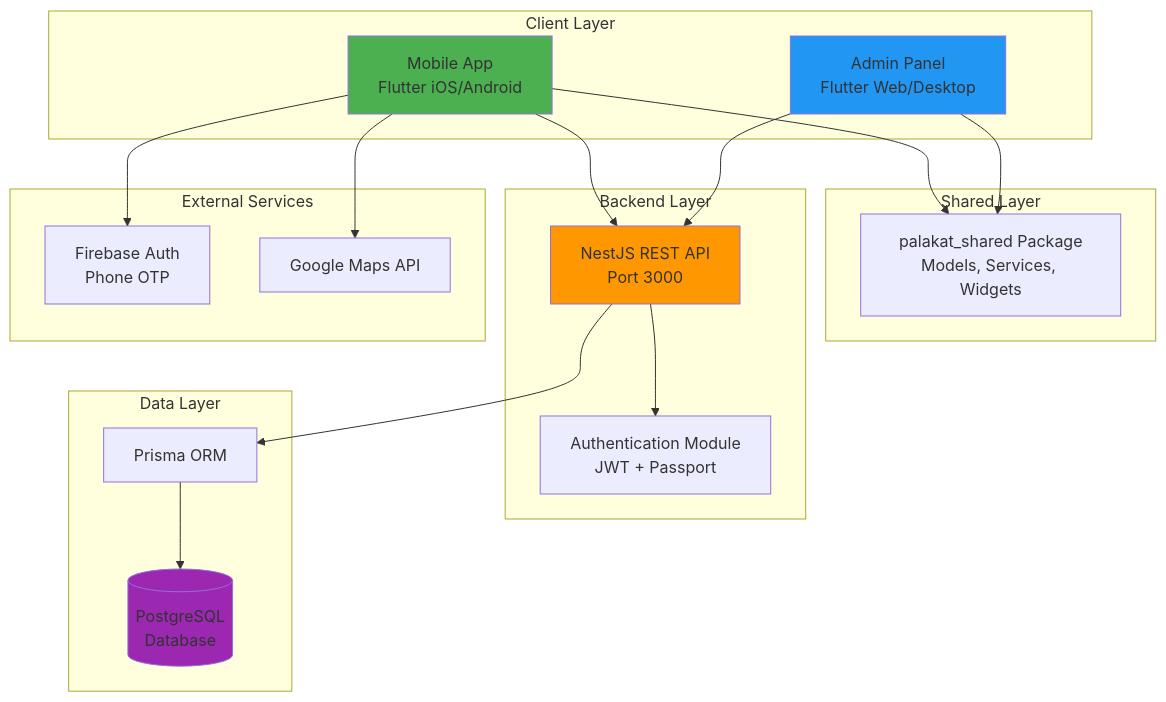
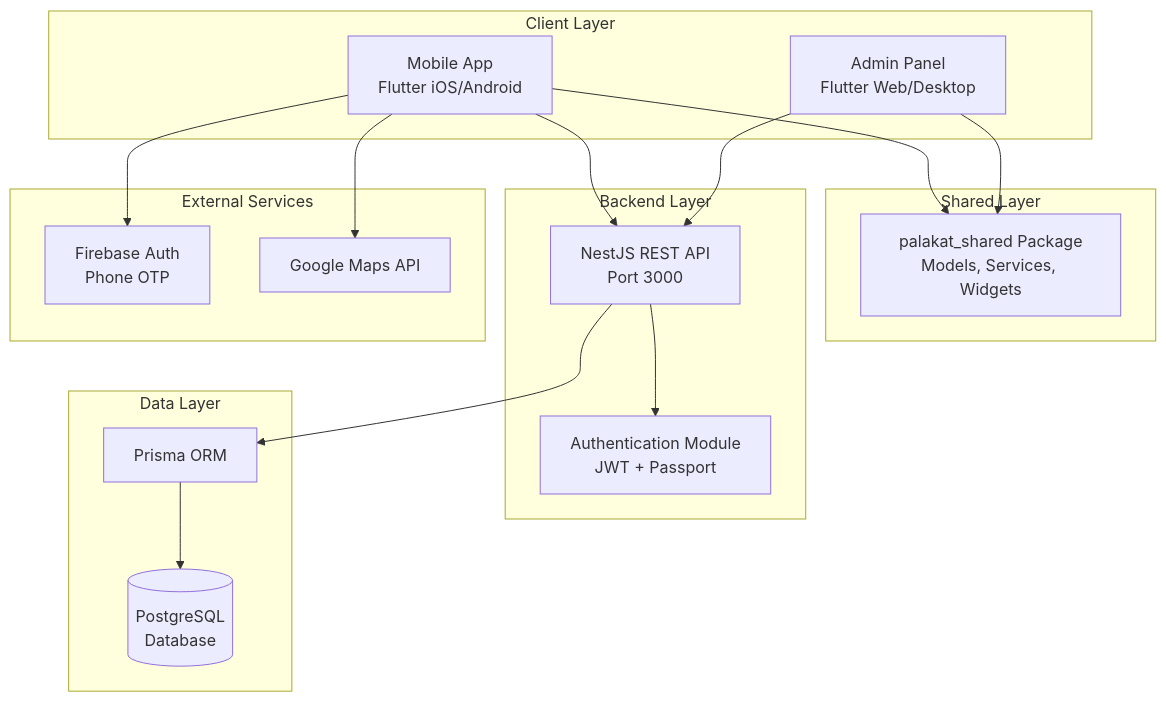
Before and after one commit to meimodev/palakat: the first of 2 diagrams in .kiro/specs/palakat-system-overview/design.md, drawn with Mermaid. The commit also changed other lines of this file and 20 other files, not shown here.

````diff
--- a/.kiro/specs/palakat-system-overview/design.md
+++ b/.kiro/specs/palakat-system-overview/design.md
@@ -25,41 +25,36 @@
 ```mermaid
 graph TB
     subgraph "Client Layer"
         MA[Mobile App<br/>Flutter iOS/Android]
         AP[Admin Panel<br/>Flutter Web/Desktop]
     end
     
     subgraph "Shared Layer"
         PS[palakat_shared Package<br/>Models, Services, Widgets]
     end
     
     subgraph "Backend Layer"
         API[NestJS REST API<br/>Port 3000]
         AUTH[Authentication Module<br/>JWT + Passport]
     end
     
     subgraph "Data Layer"
         DB[(PostgreSQL<br/>Database)]
         PRISMA[Prisma ORM]
     end
     
     subgraph "External Services"
         FB[Firebase Auth<br/>Phone OTP]
-        GMAPS[Google Maps API]
+        GM[Google Maps API]
     end
     
     MA --> PS
     AP --> PS
     MA --> API
     AP --> API
     MA --> FB
-    MA --> GMAPS
+    MA --> GM
     API --> AUTH
     API --> PRISMA
     PRISMA --> DB
-    
-    style MA fill:#4CAF50
-    style AP fill:#2196F3
-    style API fill:#FF9800
-    style DB fill:#9C27B0
 ```
````
